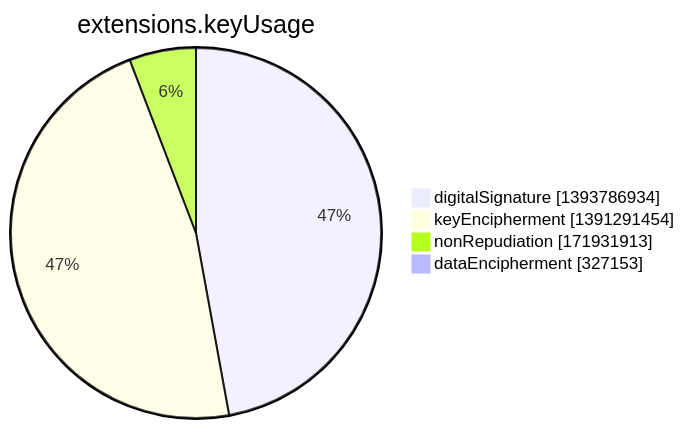
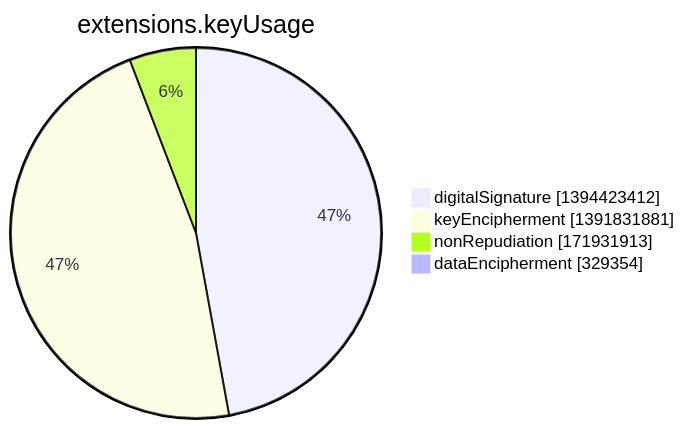
One commit to christiankrug/ctmonitor_visualization changed the seventh of 15 diagrams in argon2022/README.md. Above: the diagram before and after it, drawn with Mermaid. The commit also changed other lines of this file, not shown here.

````diff
--- a/argon2022/README.md
+++ b/argon2022/README.md
@@ -2751,8 +2751,8 @@
 ```mermaid
 pie showData
 title extensions.keyUsage
-"digitalSignature" :1393786934
-"keyEncipherment" :1391291454
+"digitalSignature" :1394423412
+"keyEncipherment" :1391831881
 "nonRepudiation" :171931913
-"dataEncipherment" :327153
+"dataEncipherment" :329354
 ```
````
